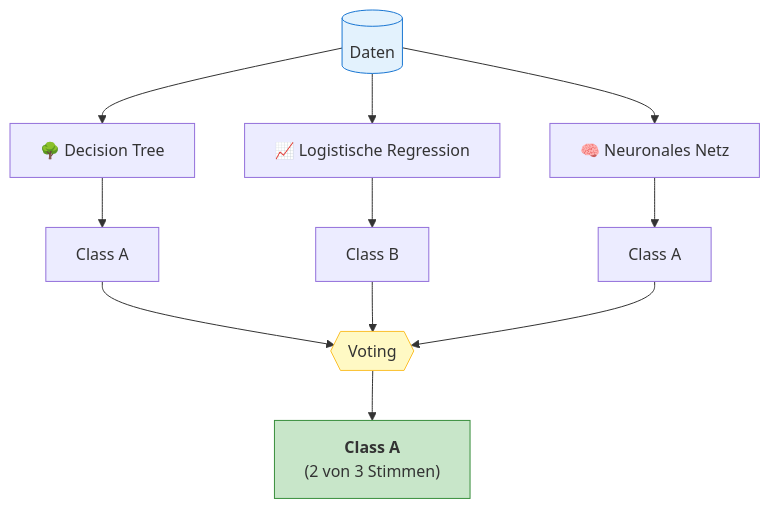
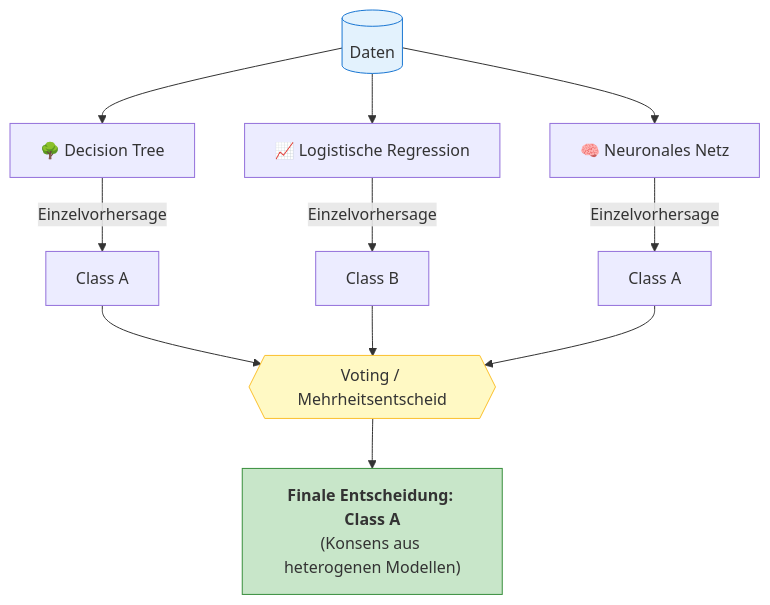
Before and after one commit to ralf-42/ML_Intro: the second of 9 diagrams in docs/concepts/modeling/stacking.md, drawn with Mermaid. The commit also changed other lines of this file and 7 other files, not shown here.

````diff
--- a/docs/concepts/modeling/stacking.md
+++ b/docs/concepts/modeling/stacking.md
@@ -63,22 +64,22 @@
 ```mermaid
 flowchart TD
-    D[("Daten")]
-    
-    D --> M1["🌳 Decision Tree"]
-    D --> M2["📈 Logistische Regression"]
-    D --> M3["🧠 Neuronales Netz"]
-    
-    M1 --> P1["Class A"]
-    M2 --> P2["Class B"]
-    M3 --> P3["Class A"]
-    
-    P1 --> V{{"Voting"}}
-    P2 --> V
-    P3 --> V
-    
-    V --> FINAL["<b>Class A</b><br>(2 von 3 Stimmen)"]
-    
-    style D fill:#e3f2fd,stroke:#1976d2
-    style V fill:#fff9c4,stroke:#fbc02d
-    style FINAL fill:#c8e6c9,stroke:#388e3c
+
+D[("Daten")]
+D --> M1["🌳 Decision Tree"]
+D --> M2["📈 Logistische Regression"]
+D --> M3["🧠 Neuronales Netz"]
+
+M1 -- "Einzelvorhersage" --> P1["Class A"]
+M2 -- "Einzelvorhersage" --> P2["Class B"]
+M3 -- "Einzelvorhersage" --> P3["Class A"]
+
+P1 --> V{{"Voting / Mehrheitsentscheid"}}
+P2 --> V
+P3 --> V
+
+V --> FINAL["<b>Finale Entscheidung: Class A</b><br>(Konsens aus heterogenen Modellen)"]
+
+style D fill:#e3f2fd,stroke:#1976d2
+style V fill:#fff9c4,stroke:#fbc02d
+style FINAL fill:#c8e6c9,stroke:#388e3c
 ```
````
